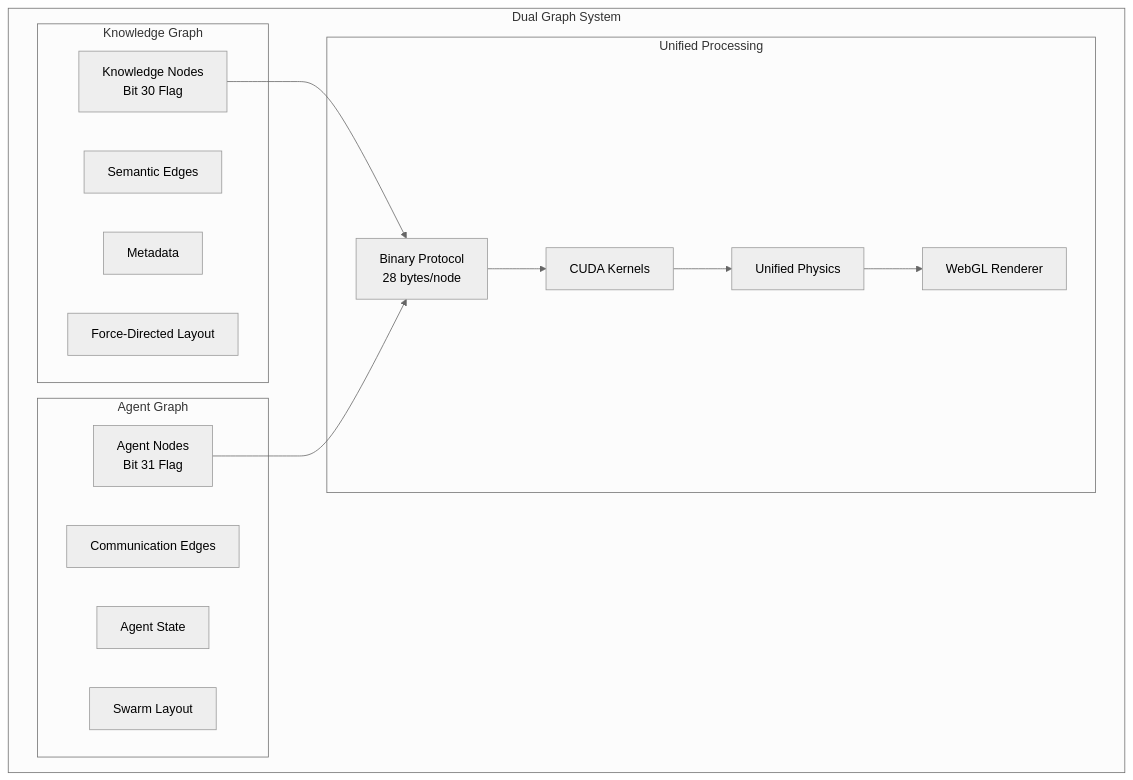
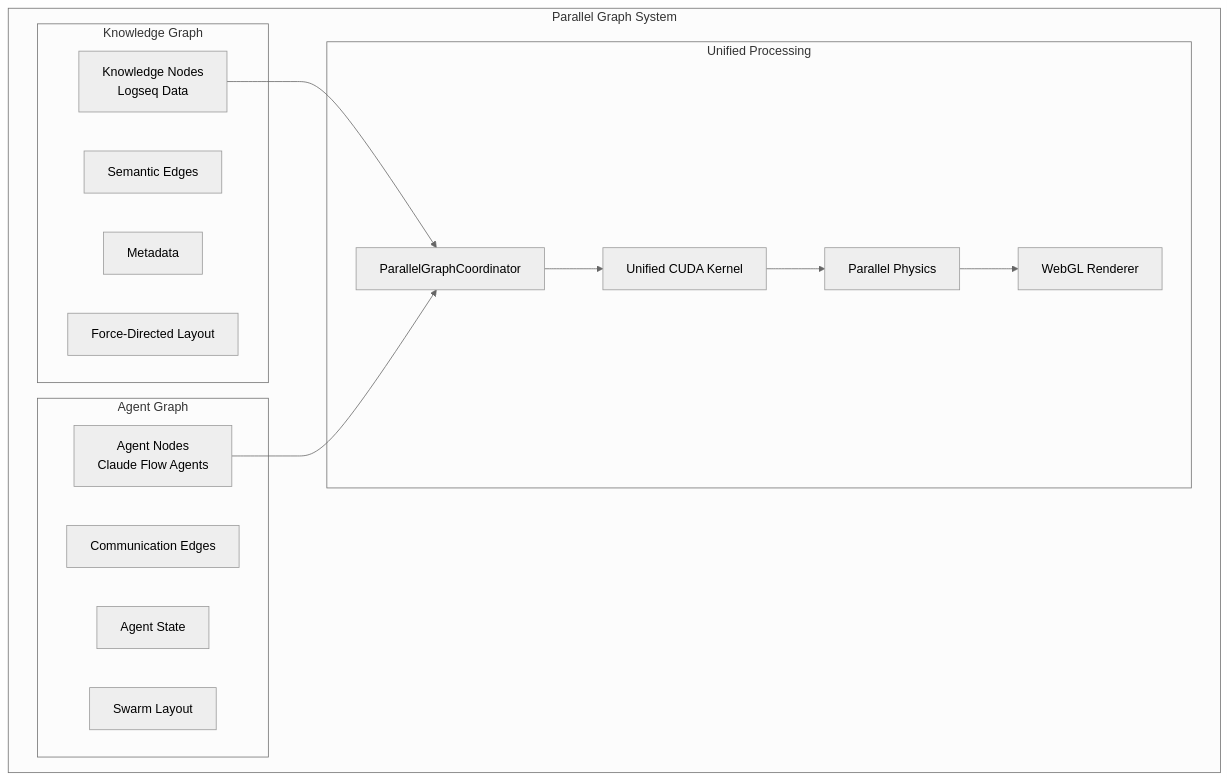
The first of 2 diagrams in docs/architecture/dual-graph.md (DreamLab-AI/VisionFlow), drawn with Mermaid (neutral theme) before and after one commit. The commit also changed other lines of this file and 22 other files, not shown here.

````diff
--- a/docs/architecture/dual-graph.md
+++ b/docs/architecture/dual-graph.md
@@ -9,31 +9,31 @@
 ```mermaid
 graph TB
-    subgraph "Dual Graph System"
+    subgraph "Parallel Graph System"
         subgraph "Knowledge Graph"
-            KNodes[Knowledge Nodes<br/>Bit 30 Flag]
+            KNodes[Knowledge Nodes<br/>Logseq Data]
             KEdges[Semantic Edges]
             KMeta[Metadata]
             KLayout[Force-Directed Layout]
         end
         
         subgraph "Agent Graph"
-            ANodes[Agent Nodes<br/>Bit 31 Flag]
+            ANodes[Agent Nodes<br/>Claude Flow Agents]
             AEdges[Communication Edges]
             AState[Agent State]
             ALayout[Swarm Layout]
         end
         
         subgraph "Unified Processing"
-            Binary[Binary Protocol<br/>28 bytes/node]
-            GPU[CUDA Kernels]
-            Physics[Unified Physics]
+            Coordinator[ParallelGraphCoordinator]
+            UnifiedKernel[Unified CUDA Kernel]
+            Physics[Parallel Physics]
             Render[WebGL Renderer]
         end
     end
     
-    KNodes --> Binary
-    ANodes --> Binary
-    Binary --> GPU
-    GPU --> Physics
+    KNodes --> Coordinator
+    ANodes --> Coordinator
+    Coordinator --> UnifiedKernel
+    UnifiedKernel --> Physics
     Physics --> Render
 ```
````
